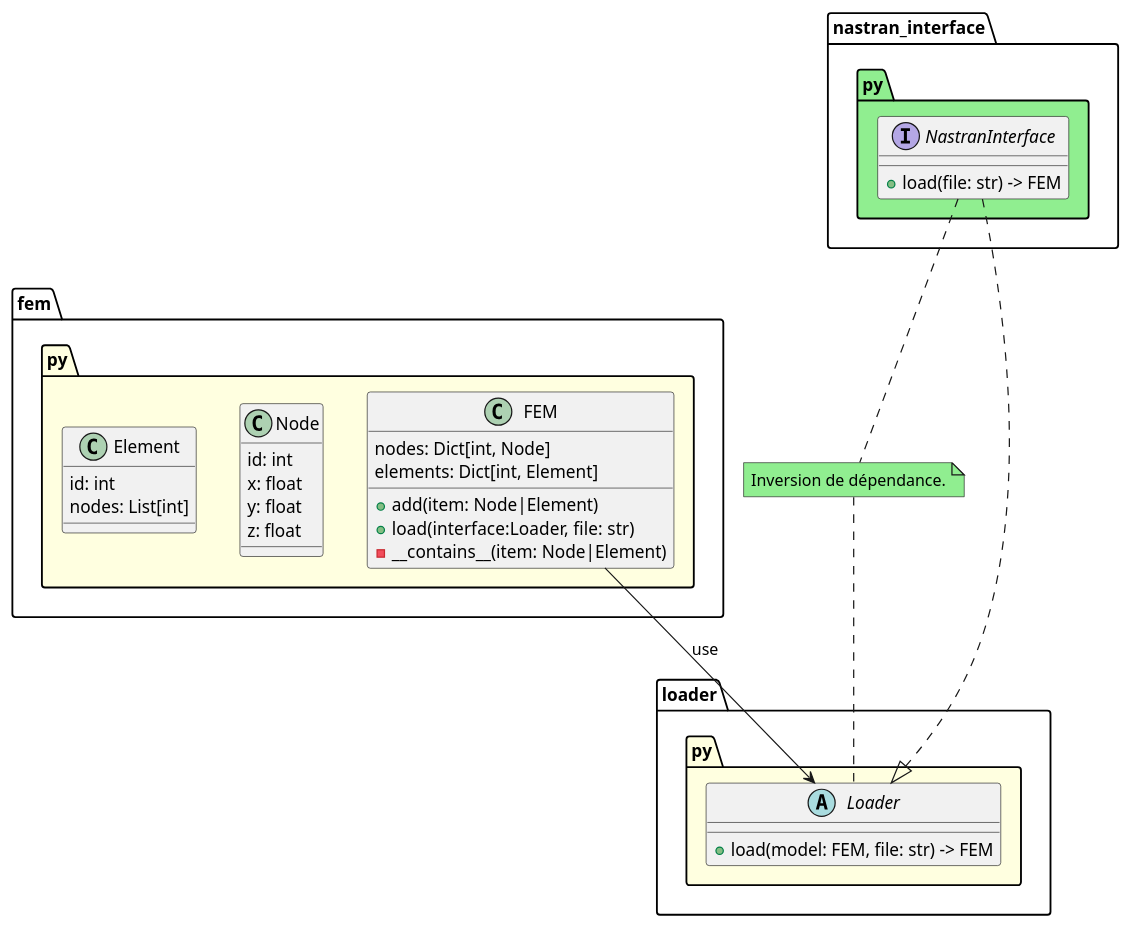
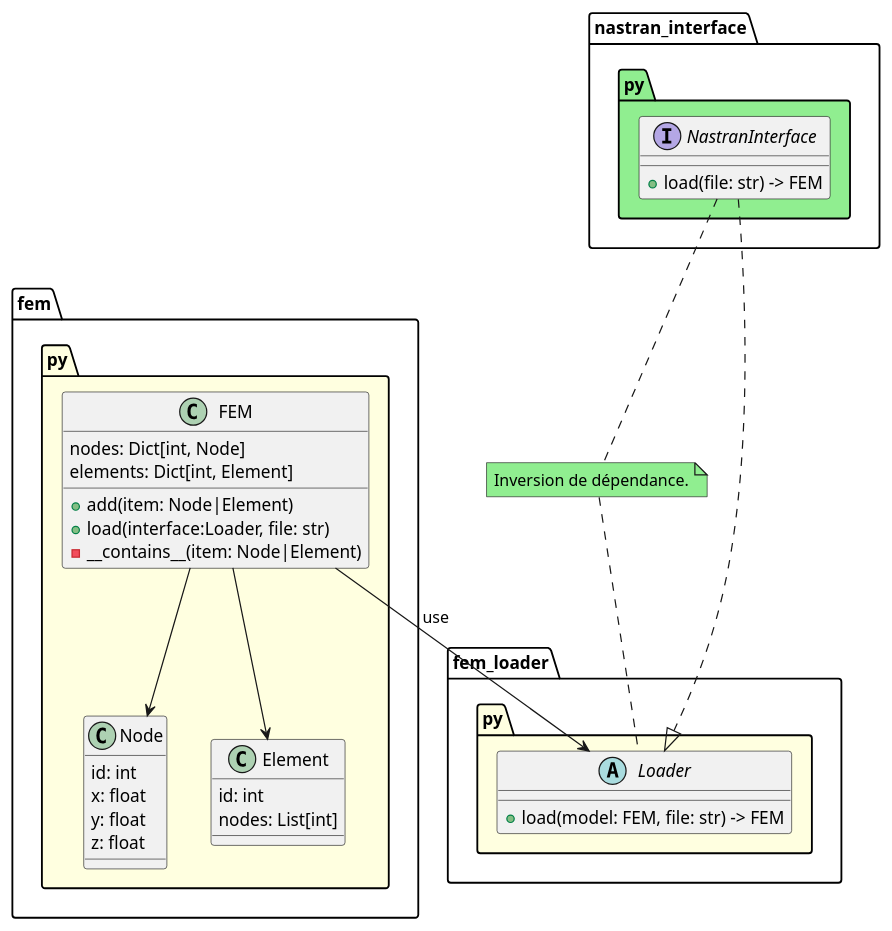
Before and after one commit to ziurg/clean_FEM: the diagram in docs/images/diagram.puml, drawn with PlantUML. The commit also changed 2 other files, not shown here.

Commit message:
corrections du readme et du diagram UML

```diff
--- a/docs/images/diagram.puml
+++ b/docs/images/diagram.puml
@@ -1,45 +1,47 @@
 @startuml
 
-fem.py.FEM --> loader.py.Loader : " use"
-nastran_interface.py.NastranInterface ..|> loader.py.Loader
+fem.py.FEM --> fem_loader.py.Loader : " use"
+fem.py.FEM --> fem.py.Node
+fem.py.FEM --> fem.py.Element
+nastran_interface.py.NastranInterface ..|> fem_loader.py.Loader
 
 note "Inversion de dépendance." as N2 #LightGreen
 nastran_interface.py.NastranInterface .. N2 
-N2 .. loader.py.Loader
+N2 .. fem_loader.py.Loader
 
 namespace fem.py #LightYellow {
     class Node {
         id: int
         x: float
         y: float
         z: float
     }
 
     class Element {
         id: int
         nodes: List[int]
     }
 
     class FEM {
         nodes: Dict[int, Node]
         elements: Dict[int, Element]
         +add(item: Node|Element)
         +load(interface:Loader, file: str)
         -__contains__(item: Node|Element)
     }
 }
 
-namespace loader.py #LightYellow {
+namespace fem_loader.py #LightYellow {
     abstract class  Loader {
         +load(model: FEM, file: str) -> FEM
     }
 }
 
 
 namespace nastran_interface.py #LightGreen {
     interface  NastranInterface {
         +load(file: str) -> FEM
     }
 }
 
 @enduml
```
